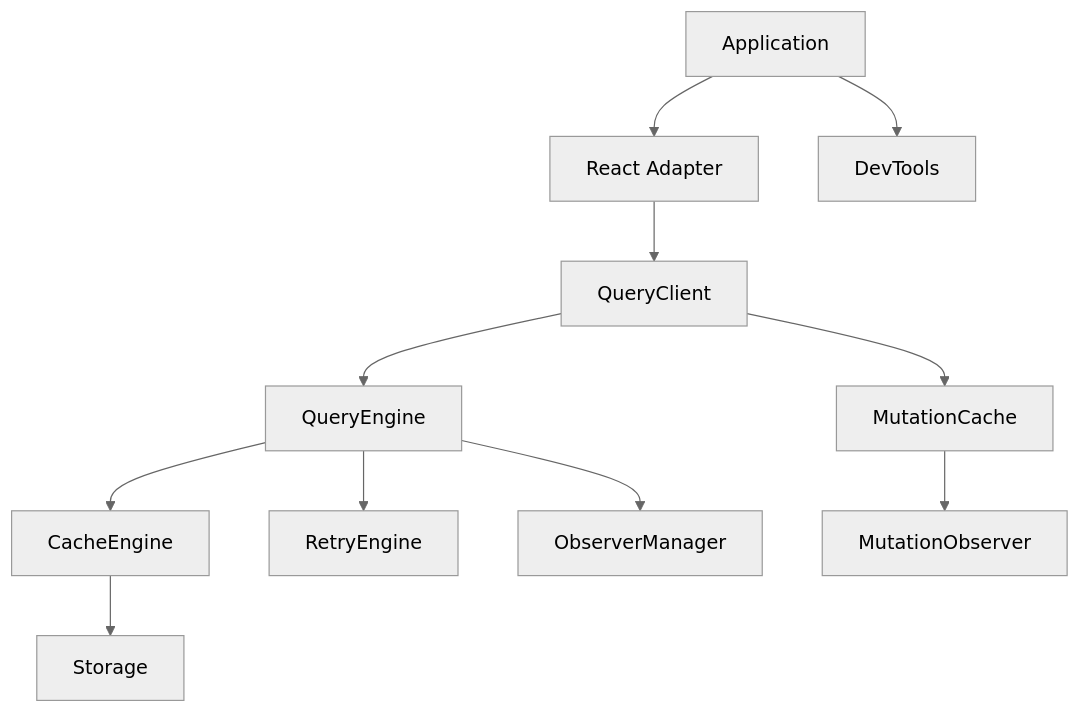
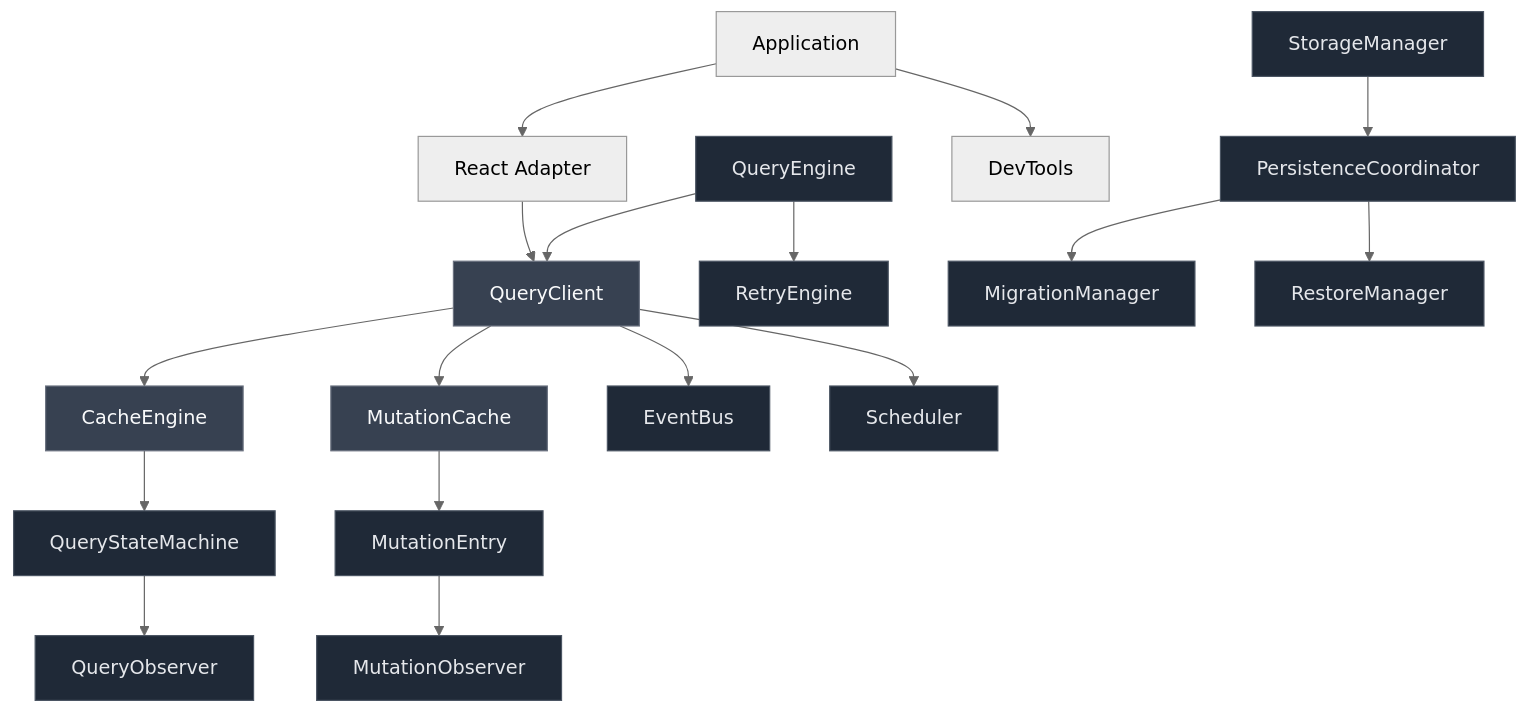
Before and after one commit to kasihagustinusT/soulcache: the diagram in README.md, drawn with Mermaid (neutral theme). The commit also changed other lines of this file and 58 other files, not shown here.

````diff
--- a/README.md
+++ b/README.md
@@ -54,13 +54,31 @@
 ```mermaid
 flowchart TD
     App[Application] --> RA[React Adapter]
     RA --> QC[QueryClient]
-    QC --> QE[QueryEngine]
-    QE --> CE[CacheEngine]
+
+    QC --> CE[CacheEngine]
+    QC --> MC[MutationCache]
+    QC --> EB[EventBus]
+    QC --> SC[Scheduler]
+
+    QE[QueryEngine] --> QC
     QE --> RE[RetryEngine]
-    QE --> OM[ObserverManager]
-    CE --> ST[Storage]
-    QC --> MC[MutationCache]
-    MC --> MO[MutationObserver]
+
+    MC --> ME[MutationEntry]
+    ME --> MO[MutationObserver]
+
+    CE --> QSM[QueryStateMachine]
+    QSM --> QO[QueryObserver]
+
+    ST[StorageManager] --> PM[PersistenceCoordinator]
+    PM --> MM[MigrationManager]
+    PM --> RM[RestoreManager]
+
     App --> DT[DevTools]
+
+    classDef core fill:#374151,stroke:#6b7280,color:#f9fafb
+    classDef internal fill:#1f2937,stroke:#4b5563,color:#e5e7eb
+    class QC,CE,MC core
+    class QE,RE internal
+    class EB,SC,QSM,ME,MO,QO,ST,PM,MM,RM internal
 ```
````
